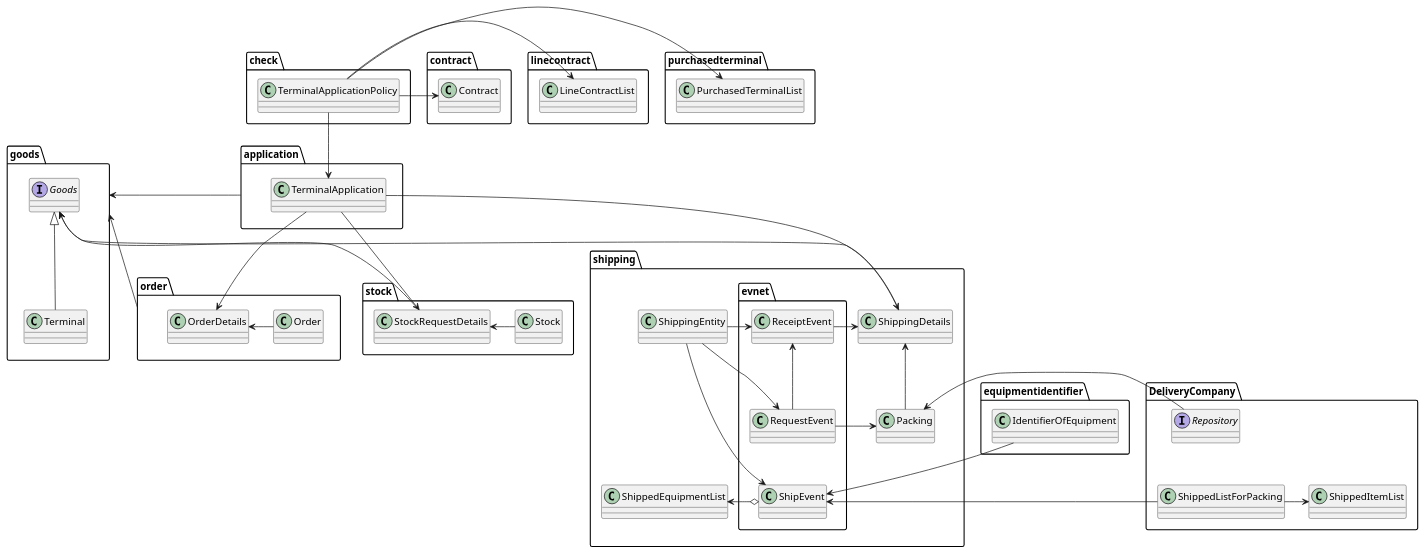
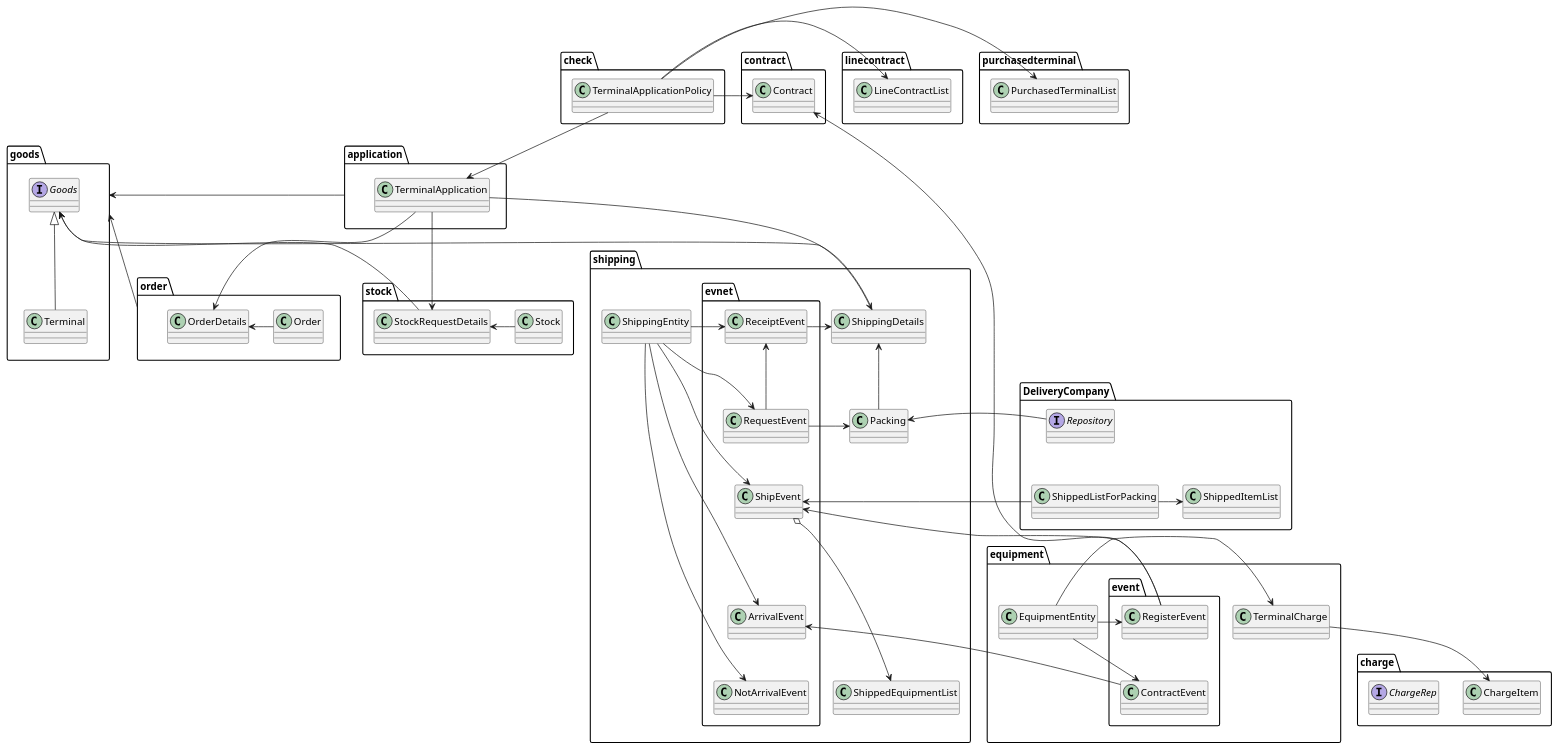
The diagram in document/terminal_application.puml (muractice/pra-model-terminal), drawn with PlantUML before and after one commit. The commit also changed 1 other file, not shown here.

```diff
--- a/document/terminal_application.puml
+++ b/document/terminal_application.puml
@@ -1,86 +1,108 @@
 @startuml
 
 package application{
 class TerminalApplication
 }
 package order{
 class Order
 class OrderDetails
 
 TerminalApplication -> OrderDetails
 Order -l-> OrderDetails
 }
 package stock{
 class Stock
 class StockRequestDetails
 
 TerminalApplication -> StockRequestDetails
 Stock -l-> StockRequestDetails
 }
 
 
-package equipmentidentifier{
-    class IdentifierOfEquipment
+package equipment{
+    class EquipmentEntity
+    package event{
+        class RegisterEvent
+        class ContractEvent
+    }
+    EquipmentEntity -> TerminalCharge
 }
-
+EquipmentEntity -> RegisterEvent
+EquipmentEntity -> ContractEvent
+RegisterEvent -[hidden]d-> ContractEvent
 
 package DeliveryCompany{
 class ShippedItemList
 class ShippedListForPacking
 Interface Repository
 
 ShippedListForPacking -> ShippedItemList
 ShippedListForPacking -[hidden]u-> Repository
 }
 
 package shipping{
     package evnet{
         class ReceiptEvent
         class RequestEvent
         class ShipEvent
+        class ArrivalEvent
+        class NotArrivalEvent
     }
 
 RequestEvent -u-> ReceiptEvent
 ReceiptEvent -l-> ShippingDetails
 RequestEvent -r-> Packing
 Packing -u-> ShippingDetails
 ShippingEntity -> ReceiptEvent
 ShippingEntity -> RequestEvent
 ShippingEntity -> ShipEvent
+ShippingEntity -> ArrivalEvent
+ShippingEntity -> NotArrivalEvent
 TerminalApplication -> ShippingDetails
-ShipEvent o-> ShippedEquipmentList
-IdentifierOfEquipment --> ShipEvent
+ShipEvent o---> ShippedEquipmentList
 ShippedListForPacking -l-> ShipEvent
 ShipEvent -[hidden]u- RequestEvent
 Repository -> Packing
+RegisterEvent -u-> ShipEvent
+ContractEvent -u-> ArrivalEvent
+ArrivalEvent -[hidden]u- ShipEvent
+NotArrivalEvent -[hidden]u- ArrivalEvent
+
 }
+
 
 package goods{
 interface Goods
 class Terminal
 Goods <|-- Terminal
 
 StockRequestDetails -u-> Goods
 }
 package contract{}
 package linecontract{
 class LineContractList
 }
 package purchasedterminal{
 class PurchasedTerminalList
 }
 package check{
 class TerminalApplicationPolicy
 TerminalApplicationPolicy -d-> TerminalApplication
 }
+package charge{
+class ChargeItem
+interface ChargeRep
+}
+TerminalCharge -d-> ChargeItem
 
 
 application -> goods
 TerminalApplicationPolicy -r-> contract.Contract
 TerminalApplicationPolicy -r-> LineContractList
 TerminalApplicationPolicy -r-> PurchasedTerminalList
+RegisterEvent -u-> contract.Contract
 
 order -u-> goods
 ShippingDetails -u-> Goods
 
 @enduml
```
